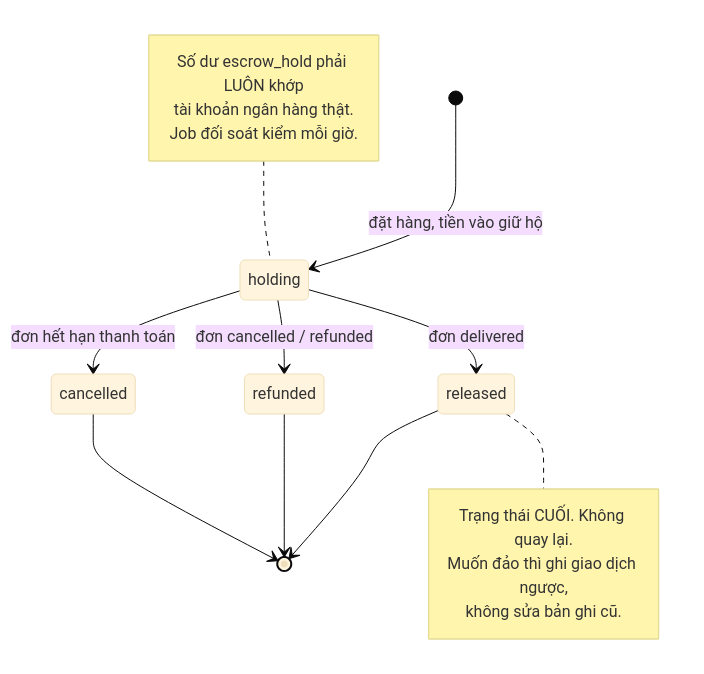
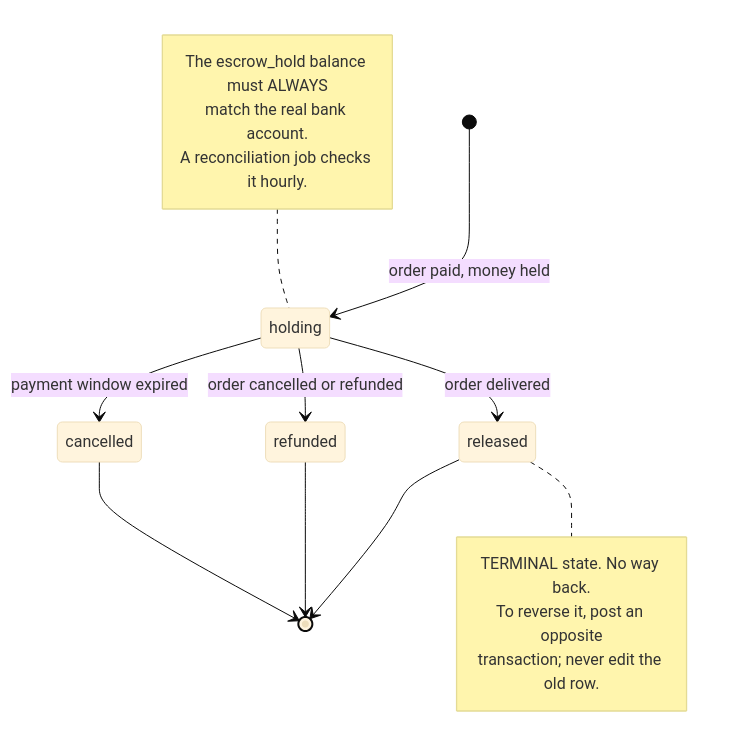
Diagram 15 of 18 in docs/system-design/2026-08-06-zoldify-diagrams.md (tdat-dev/Zoldify_Backend), drawn with Mermaid (base theme) before and after one commit. The commit also changed other lines of this file, not shown here.

First line of the commit message:
Docs: Dịch nhãn 18 sơ đồ cũ sang tiếng Anh

````diff
--- a/docs/system-design/2026-08-06-zoldify-diagrams.md
+++ b/docs/system-design/2026-08-06-zoldify-diagrams.md
@@ -657,24 +671,24 @@
 ```mermaid
 stateDiagram-v2
-    [*] --> holding: đặt hàng, tiền vào giữ hộ
+    [*] --> holding: order paid, money held
 
-    holding --> released: đơn delivered
-    holding --> refunded: đơn cancelled / refunded
-    holding --> cancelled: đơn hết hạn thanh toán
+    holding --> released: order delivered
+    holding --> refunded: order cancelled or refunded
+    holding --> cancelled: payment window expired
 
     released --> [*]
     refunded --> [*]
     cancelled --> [*]
 
     note left of holding
-        Số dư escrow_hold phải LUÔN khớp
-        tài khoản ngân hàng thật.
-        Job đối soát kiểm mỗi giờ.
+        The escrow_hold balance must ALWAYS
+        match the real bank account.
+        A reconciliation job checks it hourly.
     end note
 
     note right of released
-        Trạng thái CUỐI. Không quay lại.
-        Muốn đảo thì ghi giao dịch ngược,
-        không sửa bản ghi cũ.
+        TERMINAL state. No way back.
+        To reverse it, post an opposite
+        transaction; never edit the old row.
     end note
 ```
````
